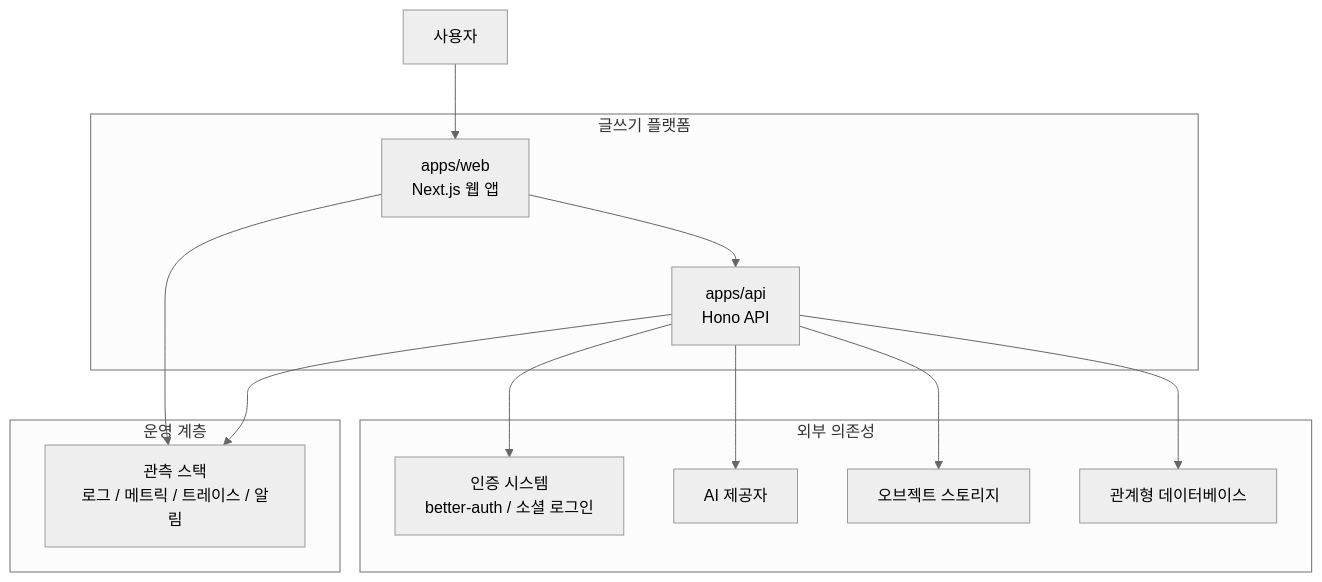
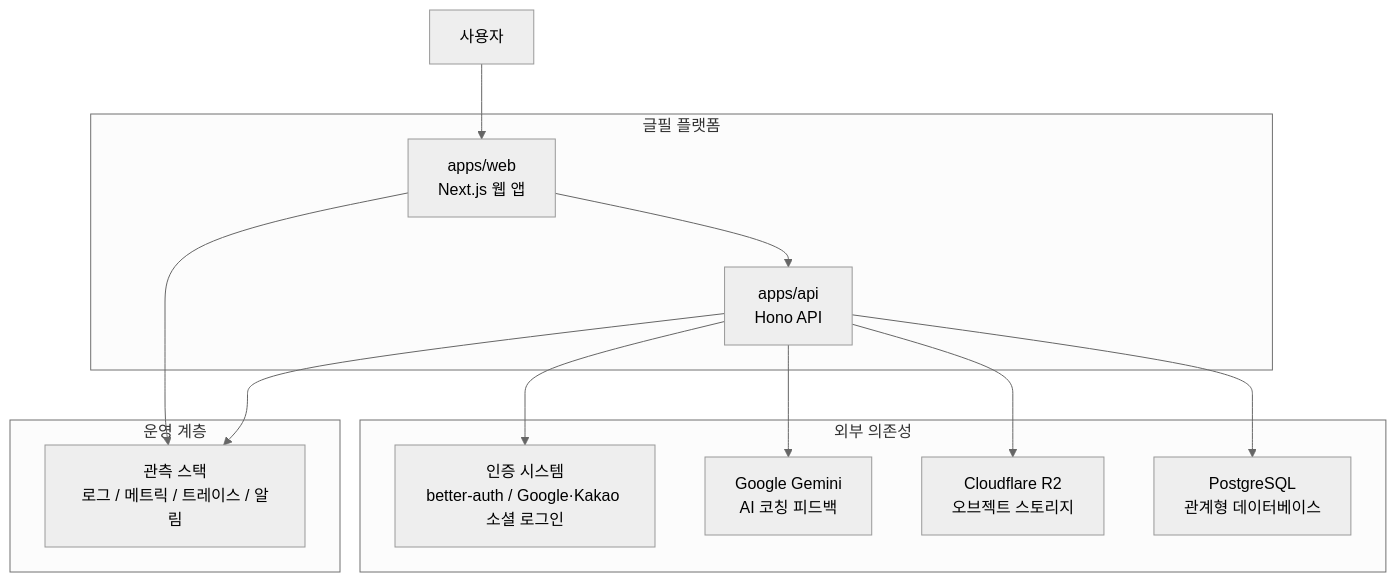
One commit to qaws7791/writing-app changed the diagram in docs/03-architecture/diagrams/system-context.md. Above: the diagram before and after it, drawn with Mermaid (neutral theme). The commit also changed other lines of this file and 16 other files, not shown here.

Commit message:
architecture 문서 PRD 기준으로 업데이트

````diff
--- a/docs/03-architecture/diagrams/system-context.md
+++ b/docs/03-architecture/diagrams/system-context.md
@@ -10,29 +10,29 @@
 ```mermaid
 flowchart TB
     user["사용자"]
 
-    subgraph platform["글쓰기 플랫폼"]
+    subgraph platform["글필 플랫폼"]
         web["apps/web<br/>Next.js 웹 앱"]
         api["apps/api<br/>Hono API"]
     end
 
     subgraph dependencies["외부 의존성"]
-        auth["인증 시스템<br/>better-auth / 소셜 로그인"]
-        ai["AI 제공자"]
-        storage["오브젝트 스토리지"]
-        db["관계형 데이터베이스"]
+        auth["인증 시스템<br/>better-auth / Google·Kakao 소셜 로그인"]
+        ai["Google Gemini<br/>AI 코칭 피드백"]
+        storage["Cloudflare R2<br/>오브젝트 스토리지"]
+        db["PostgreSQL<br/>관계형 데이터베이스"]
     end
 
     subgraph operations["운영 계층"]
         observability["관측 스택<br/>로그 / 메트릭 / 트레이스 / 알림"]
     end
 
     user --> web
     web --> api
     api --> auth
     api --> ai
     api --> storage
     api --> db
     web --> observability
     api --> observability
 ```
````
